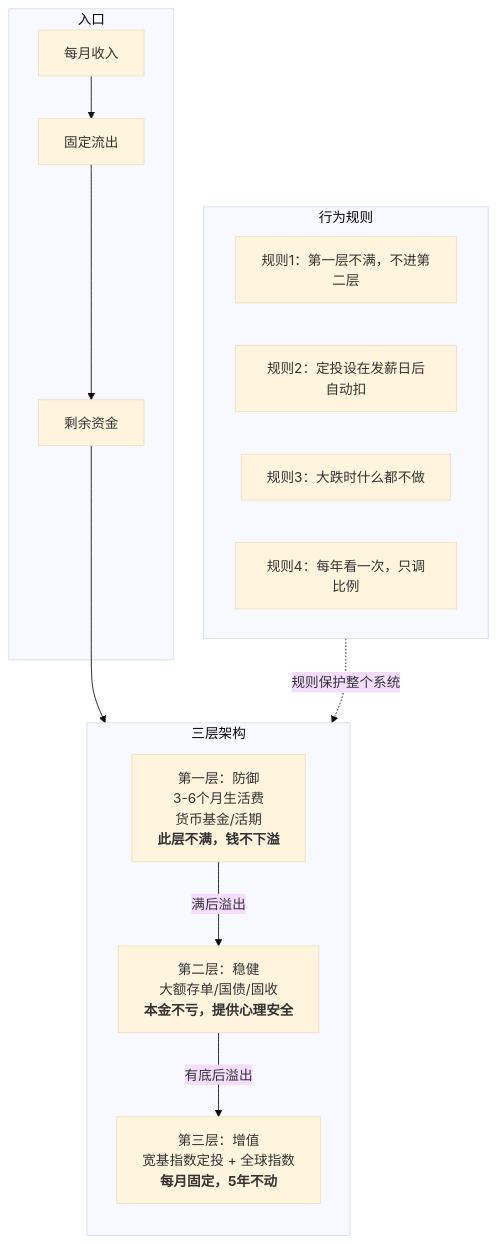
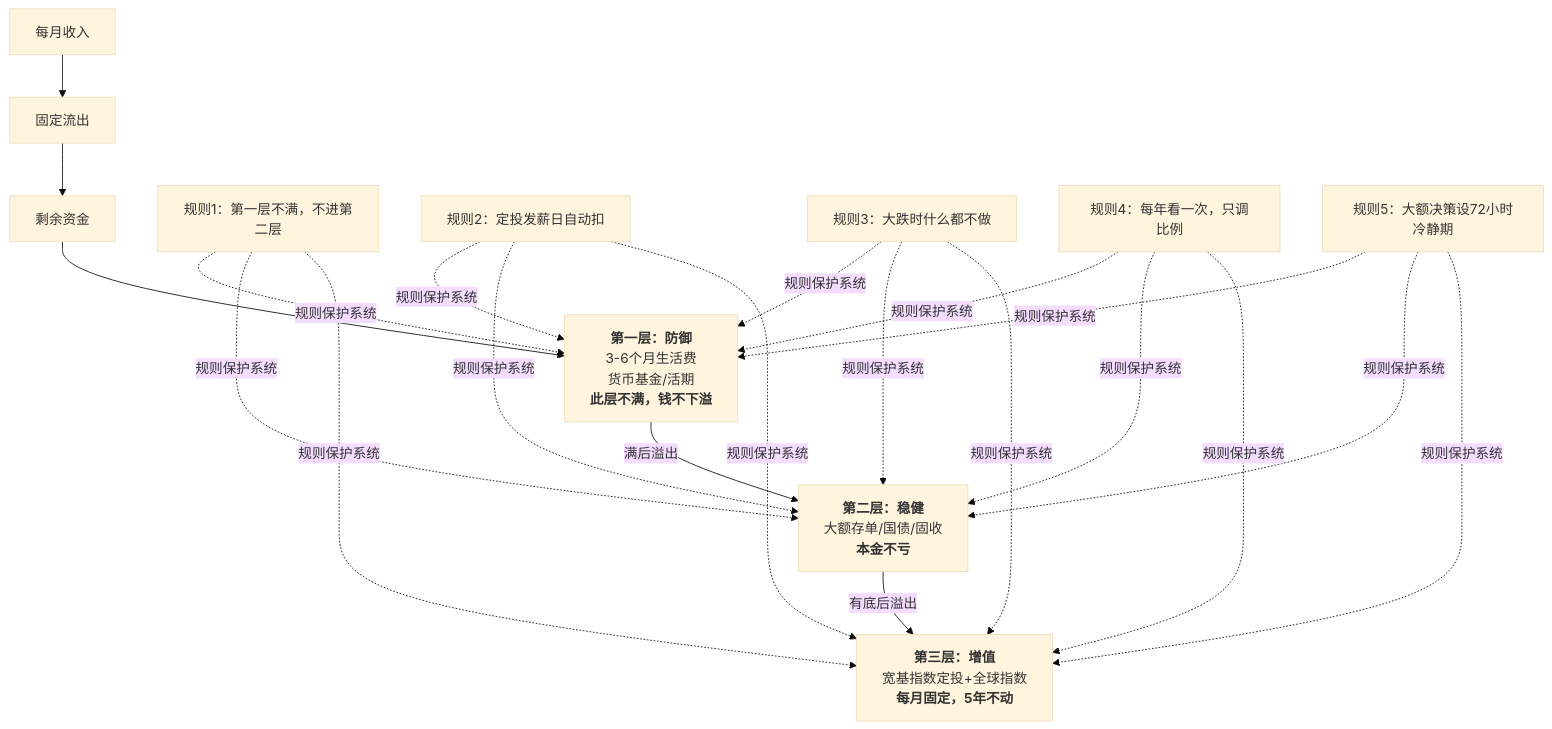
The second of 2 diagrams in money-system-first-principles.md (pengjizhang/pengjizhang.github.io), drawn with Mermaid (base theme) before and after one commit. The commit also changed other lines of this file, not shown here.

````diff
--- a/money-system-first-principles.md
+++ b/money-system-first-principles.md
@@ -133,28 +144,16 @@
 ```mermaid
 flowchart TB
-    subgraph 入口
-        IN["每月收入"]
-        DEDUCT["固定流出"]
-        IN --> DEDUCT --> REMAIN["剩余资金"]
-    end
+    IN["每月收入"] --> DEDUCT["固定流出"] --> REMAIN["剩余资金"]
 
-    subgraph 三层架构
-        direction TB
-        L1["第一层：防御<br/>3-6个月生活费<br/>货币基金/活期<br/><b>此层不满，钱不下溢</b>"]
-        L2["第二层：稳健<br/>大额存单/国债/固收<br/><b>本金不亏，提供心理安全</b>"]
-        L3["第三层：增值<br/>宽基指数定投 + 全球指数<br/><b>每月固定，5年不动</b>"]
-        L1 -- "满后溢出" --> L2
-        L2 -- "有底后溢出" --> L3
-    end
+    REMAIN --> L1["<b>第一层：防御</b><br/>3-6个月生活费<br/>货币基金/活期<br/><b>此层不满，钱不下溢</b>"]
+    L1 -- "满后溢出" --> L2["<b>第二层：稳健</b><br/>大额存单/国债/固收<br/><b>本金不亏</b>"]
+    L2 -- "有底后溢出" --> L3["<b>第三层：增值</b><br/>宽基指数定投+全球指数<br/><b>每月固定，5年不动</b>"]
 
-    REMAIN --> L1
+    R1["规则1：第一层不满，不进第二层"]
+    R2["规则2：定投发薪日自动扣"]
+    R3["规则3：大跌时什么都不做"]
+    R4["规则4：每年看一次，只调比例"]
+    R5["规则5：大额决策设72小时冷静期"]
 
-    subgraph 行为规则
-        R1["规则1：第一层不满，不进第二层"]
-        R2["规则2：定投设在发薪日后自动扣"]
-        R3["规则3：大跌时什么都不做"]
-        R4["规则4：每年看一次，只调比例"]
-    end
-
-    行为规则 -. "规则保护整个系统" .-> 三层架构
+     R1 & R2 & R3 & R4 & R5 -. "规则保护系统" .-> L1 & L2 & L3
 ```
````
